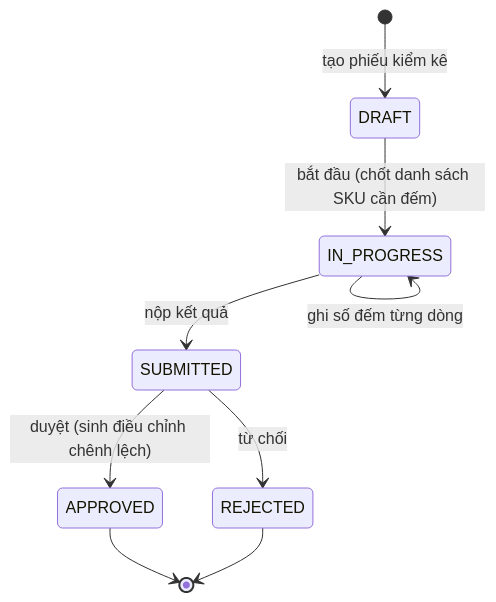
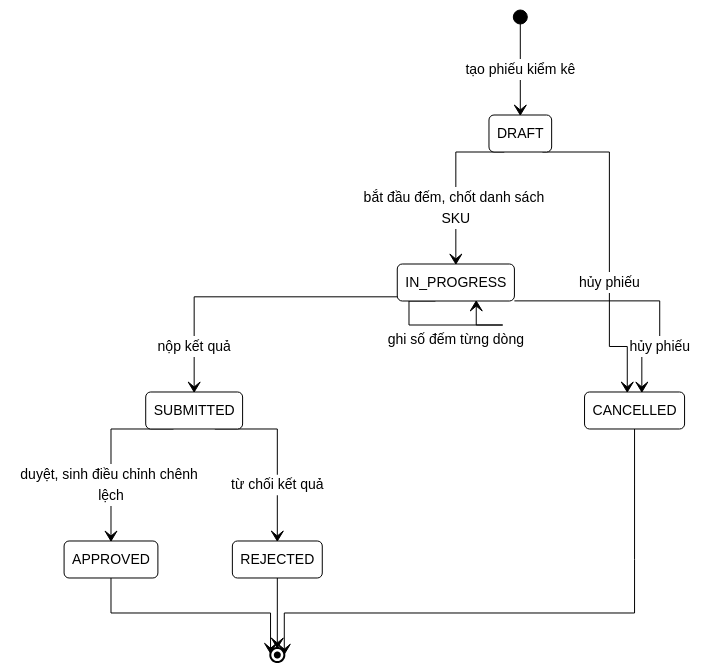
One commit to nguyenthihongnhu-dotcom/luanvan2026 changed the fifth of 54 diagrams in THIET_KE_HE_THONG.md. Above: the diagram before and after it, drawn with Mermaid. The commit also changed other lines of this file and 170 other files, not shown here.

````diff
--- a/THIET_KE_HE_THONG.md
+++ b/THIET_KE_HE_THONG.md
@@ -116,11 +226,39 @@
 ```mermaid
+%%{init: {
+  'theme': 'base',
+  'themeVariables': {
+    'primaryColor': '#ffffff',
+    'primaryBorderColor': '#000000',
+    'primaryTextColor': '#000000',
+    'secondaryColor': '#ffffff',
+    'secondaryBorderColor': '#000000',
+    'secondaryTextColor': '#000000',
+    'tertiaryColor': '#ffffff',
+    'tertiaryBorderColor': '#000000',
+    'tertiaryTextColor': '#000000',
+    'lineColor': '#000000',
+    'textColor': '#000000',
+    'mainBkg': '#ffffff',
+    'nodeBorder': '#000000',
+    'clusterBkg': '#ffffff',
+    'clusterBorder': '#000000',
+    'edgeLabelBackground': '#ffffff',
+    'fontSize': '14px',
+    'labelBackgroundColor': '#ffffff'
+  },
+  'flowchart': { 'curve': 'stepAfter', 'nodeSpacing': 60, 'rankSpacing': 70, 'padding': 12 },
+  'state': { 'padding': 12, 'useMaxWidth': false }
+}}%%
 stateDiagram-v2
     [*] --> DRAFT: tạo phiếu kiểm kê
-    DRAFT --> IN_PROGRESS: bắt đầu (chốt danh sách SKU cần đếm)
+    DRAFT --> IN_PROGRESS: bắt đầu đếm, chốt danh sách SKU
+    DRAFT --> CANCELLED: hủy phiếu
     IN_PROGRESS --> IN_PROGRESS: ghi số đếm từng dòng
     IN_PROGRESS --> SUBMITTED: nộp kết quả
-    SUBMITTED --> APPROVED: duyệt (sinh điều chỉnh chênh lệch)
-    SUBMITTED --> REJECTED: từ chối
+    IN_PROGRESS --> CANCELLED: hủy phiếu
+    SUBMITTED --> APPROVED: duyệt, sinh điều chỉnh chênh lệch
+    SUBMITTED --> REJECTED: từ chối kết quả
     APPROVED --> [*]
     REJECTED --> [*]
+    CANCELLED --> [*]
 ```
````
